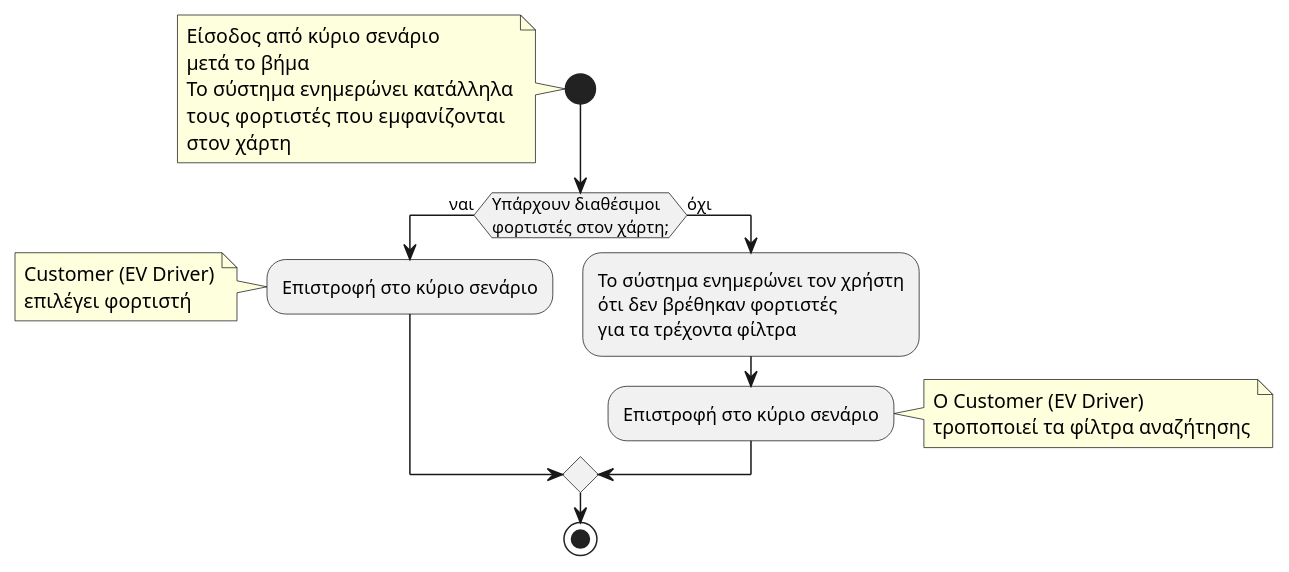
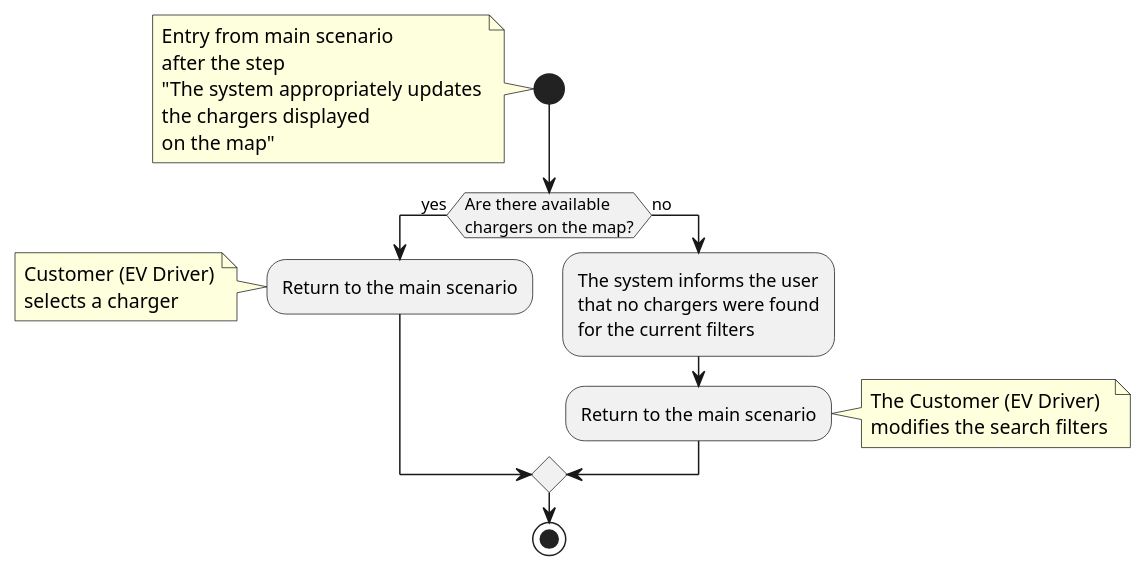
Before and after one commit to sotiriskavadakis/softeng25-42: the diagram in documentation/plantuml/code/findnav-activity-alt2.puml, drawn with PlantUML. The commit also changed 2 other files, not shown here.

```diff
--- a/documentation/plantuml/code/findnav-activity-alt2.puml
+++ b/documentation/plantuml/code/findnav-activity-alt2.puml
@@ -1,29 +1,29 @@
 @startuml UC-FIND-NAV-alt-no-chargers
 
 start
 
 note left
-Είσοδος από κύριο σενάριο
-μετά το βήμα
-Το σύστημα ενημερώνει κατάλληλα
-τους φορτιστές  που εμφανίζονται
-στον χάρτη
+Entry from main scenario
+after the step
+"The system appropriately updates
+the chargers displayed
+on the map"
 end note
 
-if (Υπάρχουν διαθέσιμοι\nφορτιστές στον χάρτη;) then (ναι)
-  :Επιστροφή στο κύριο σενάριο;
+if (Are there available\nchargers on the map?) then (yes)
+  :Return to the main scenario;
   note left
     Customer (EV Driver)
-    επιλέγει φορτιστή
+    selects a charger
   end note
-else (όχι)
-  :Το σύστημα ενημερώνει τον χρήστη\nότι δεν βρέθηκαν φορτιστές\nγια τα τρέχοντα φίλτρα;
-  :Επιστροφή στο κύριο σενάριο;
+else (no)
+  :The system informs the user\nthat no chargers were found\nfor the current filters;
+  :Return to the main scenario;
   note right
-    Ο Customer (EV Driver)
-    τροποποιεί τα φίλτρα αναζήτησης
+    The Customer (EV Driver)
+    modifies the search filters
   end note
 endif
 
 stop
 @enduml
```
